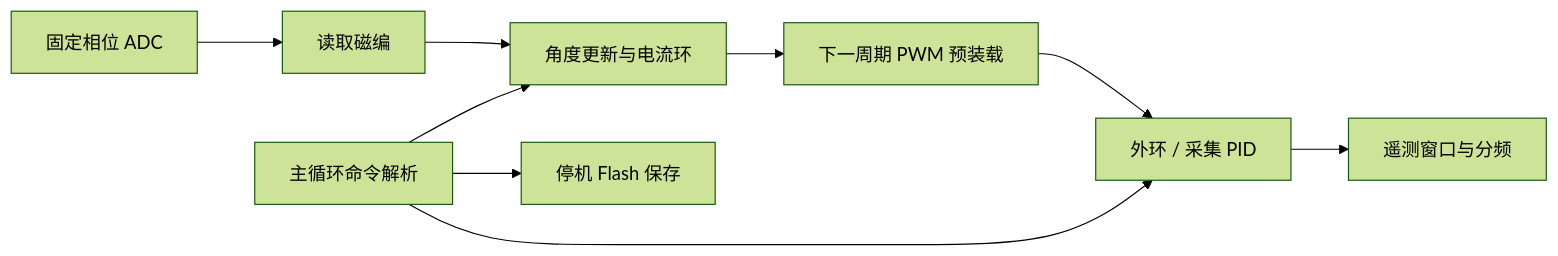
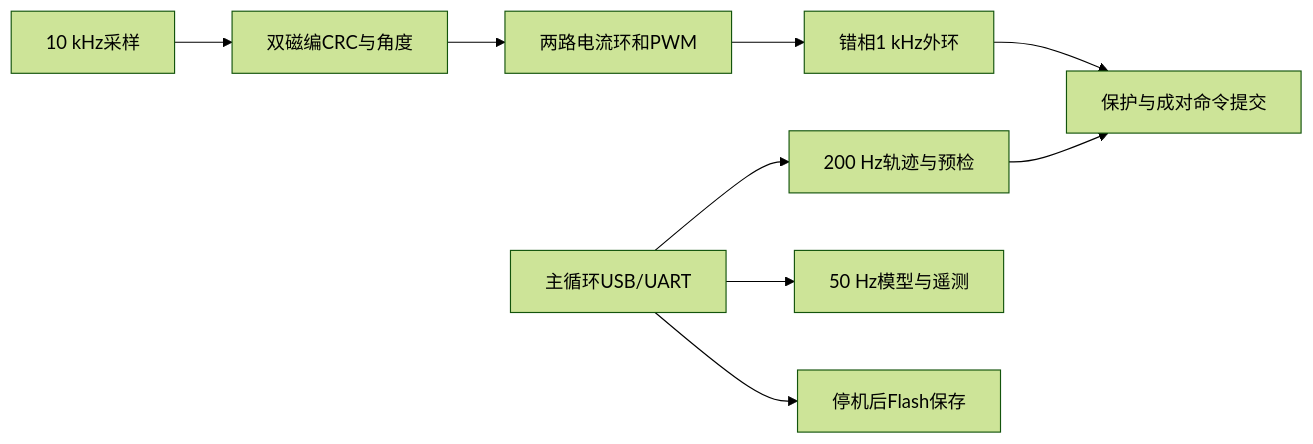
The diagram in STM32F405-FOC/docs/architecture.md (Kongmengwuwei/STM32F405-FOC), drawn with Mermaid (forest theme) before and after one commit. The commit also changed other lines of this file and 147 other files, not shown here.

````diff
--- a/STM32F405-FOC/docs/architecture.md
+++ b/STM32F405-FOC/docs/architecture.md
@@ -24,11 +18,11 @@
 ```mermaid
 flowchart LR
-    ADC[固定相位 ADC] --> ENC[读取磁编]
-    ENC --> FOC[角度更新与电流环]
-    FOC --> PWM[下一周期 PWM 预装载]
-    PWM --> OUT[外环 / 采集 PID]
-    OUT --> LOG[遥测窗口与分频]
-    CMD[主循环命令解析] --> FOC
-    CMD --> OUT
-    CMD --> FLASH[停机 Flash 保存]
+  ADC[10 kHz采样] --> ENC[双磁编CRC与角度]
+  ENC --> FOC[两路电流环和PWM]
+  FOC --> OUT[错相1 kHz外环]
+  OUT --> GUARD[保护与成对命令提交]
+  MAIN[主循环USB/UART] --> PLAN[200 Hz轨迹与预检]
+  PLAN --> GUARD
+  MAIN --> UI[50 Hz模型与遥测]
+  MAIN --> SAVE[停机后Flash保存]
 ```
````
